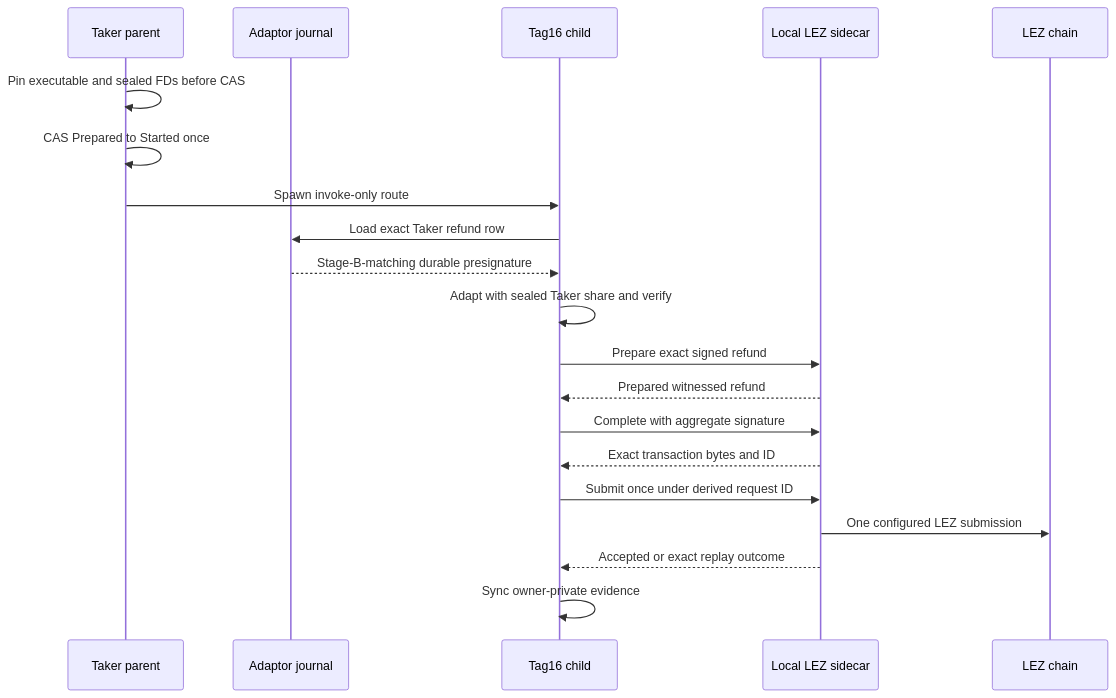
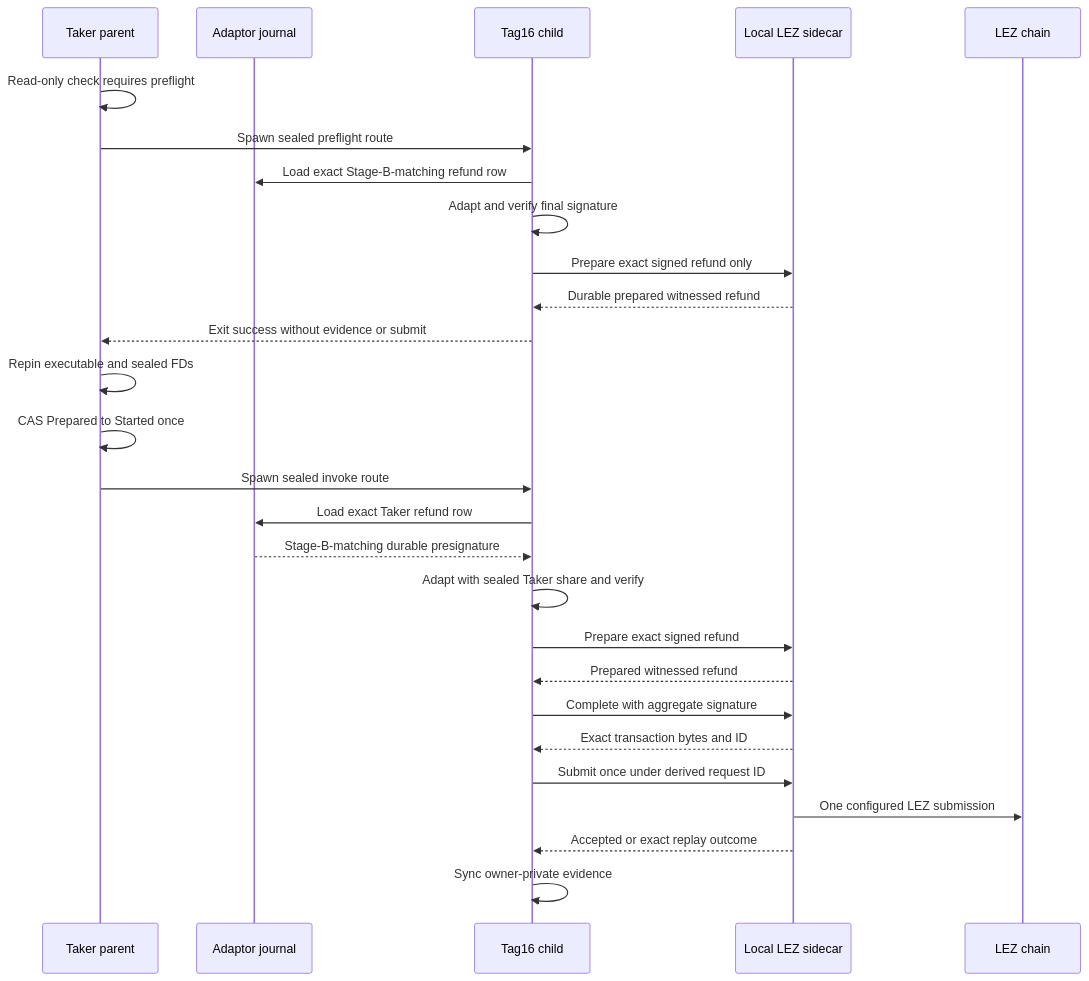
The second of 2 diagrams in docs/architecture/0154-derive-tag16-in-the-sealed-effect-child.md (gateway-fm/lez-atomic-swaps), drawn with Mermaid before and after one commit. The commit also changed other lines of this file and 14 other files, not shown here.

Commit message:
feat(m7): preflight XMR refund before effect CAS

````diff
--- a/docs/architecture/0154-derive-tag16-in-the-sealed-effect-child.md
+++ b/docs/architecture/0154-derive-tag16-in-the-sealed-effect-child.md
@@ -69,22 +80,29 @@
 ```mermaid
 sequenceDiagram
     participant Parent as Taker parent
     participant Journal as Adaptor journal
     participant Child as Tag16 child
     participant Sidecar as Local LEZ sidecar
     participant Chain as LEZ chain
-    Parent->>Parent: Pin executable and sealed FDs before CAS
+    Parent->>Parent: Read-only check requires preflight
+    Parent->>Child: Spawn sealed preflight route
+    Child->>Journal: Load exact Stage-B-matching refund row
+    Child->>Child: Adapt and verify final signature
+    Child->>Sidecar: Prepare exact signed refund only
+    Sidecar-->>Child: Durable prepared witnessed refund
+    Child-->>Parent: Exit success without evidence or submit
+    Parent->>Parent: Repin executable and sealed FDs
     Parent->>Parent: CAS Prepared to Started once
-    Parent->>Child: Spawn invoke-only route
+    Parent->>Child: Spawn sealed invoke route
     Child->>Journal: Load exact Taker refund row
     Journal-->>Child: Stage-B-matching durable presignature
     Child->>Child: Adapt with sealed Taker share and verify
     Child->>Sidecar: Prepare exact signed refund
     Sidecar-->>Child: Prepared witnessed refund
     Child->>Sidecar: Complete with aggregate signature
     Sidecar-->>Child: Exact transaction bytes and ID
     Child->>Sidecar: Submit once under derived request ID
     Sidecar->>Chain: One configured LEZ submission
     Sidecar-->>Child: Accepted or exact replay outcome
     Child->>Child: Sync owner-private evidence
 ```
````
